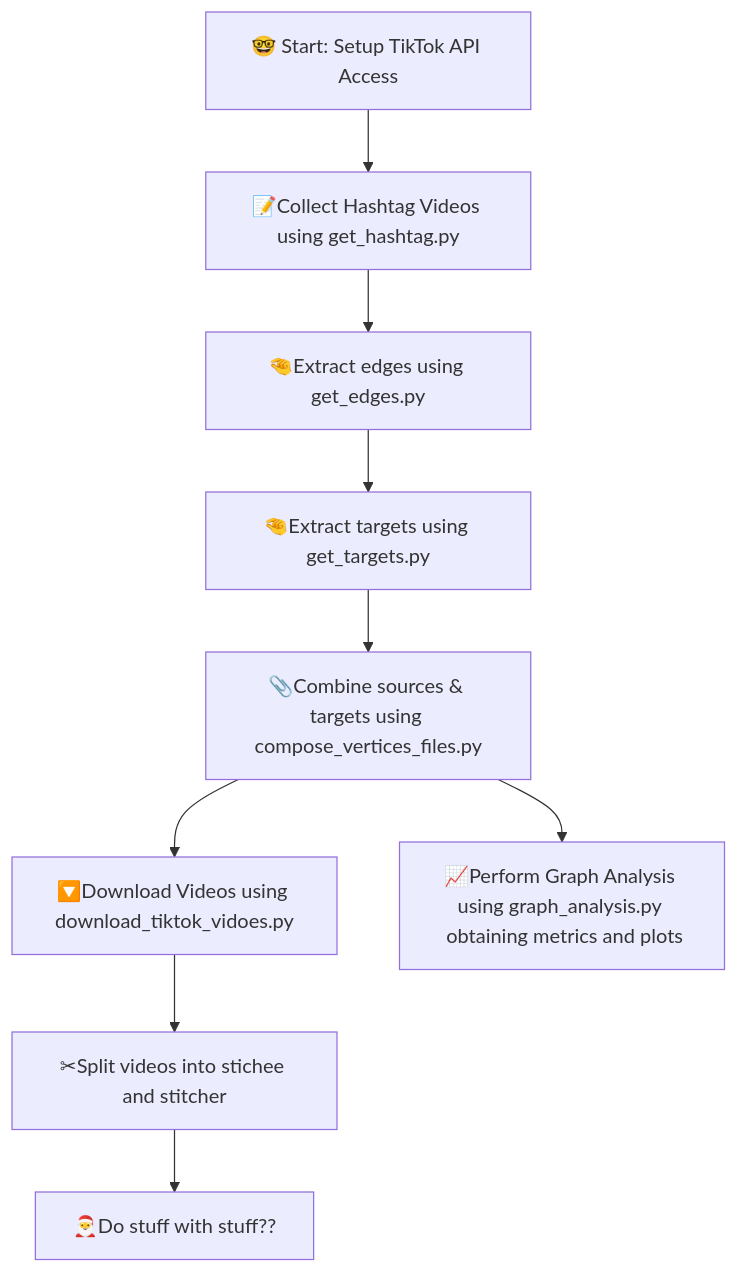
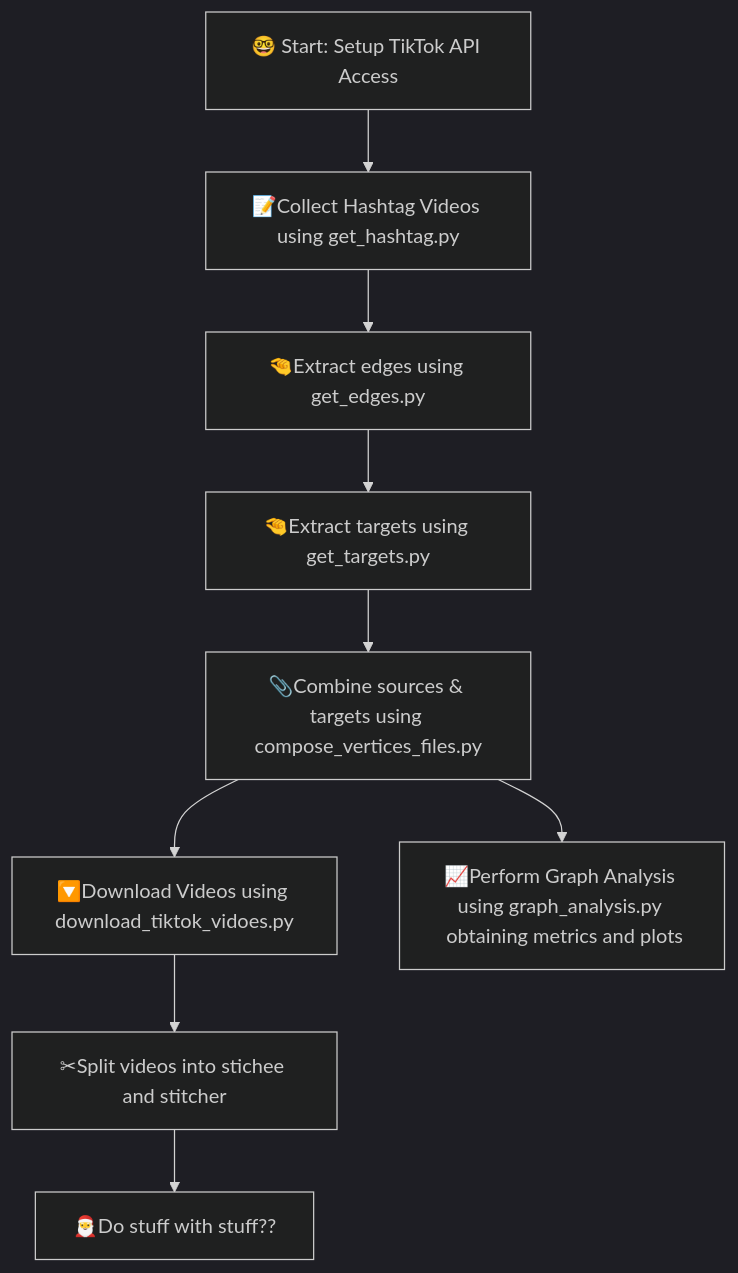
One commit to Marcus-Friis/thesis changed the diagram in README.md. Above: the diagram before and after it, drawn with Mermaid. The commit also changed other lines of this file and 346 other files, not shown here.

````diff
--- a/README.md
+++ b/README.md
@@ -9,12 +10,17 @@
 ```mermaid
+%%{init: {'theme': 'dark', 'themeVariables': { 'primaryColor': '#4f98ca', 'edgeLabelBackground':'#2b2b2b', 'nodeTextColor': '#ffffff', 'background': '#1e1e1e'}}}%%
+
 graph TD
     A[🤓 Start: Setup TikTok API Access ] --> B[📝Collect Hashtag Videos using get_hashtag.py]
-    click B "/src/get_hashtag.py" "Go to get_hashtag.py"
     B --> C[🤏Extract edges using get_edges.py]
     C --> D[🤏Extract targets using get_targets.py]
     D --> G[📎Combine sources & targets using compose_vertices_files.py]
     G -->  E[🔽Download Videos using download_tiktok_vidoes.py]
     G -->  H[📈Perform Graph Analysis using graph_analysis.py <br> obtaining metrics and plots]
     E --> J[✂Split videos into stichee and stitcher]
     J --> I[🎅Do stuff with stuff??]
+
+    click A href "https://github.com/Marcus-Friis/thesis/tree/cleanup?tab=readme-ov-file#tiktok-api" "click A"
+
+    click B href "https://github.com/Marcus-Friis/thesis/tree/cleanup?tab=readme-ov-file#get-hashtag-stitches" "hi"
 ```
````
